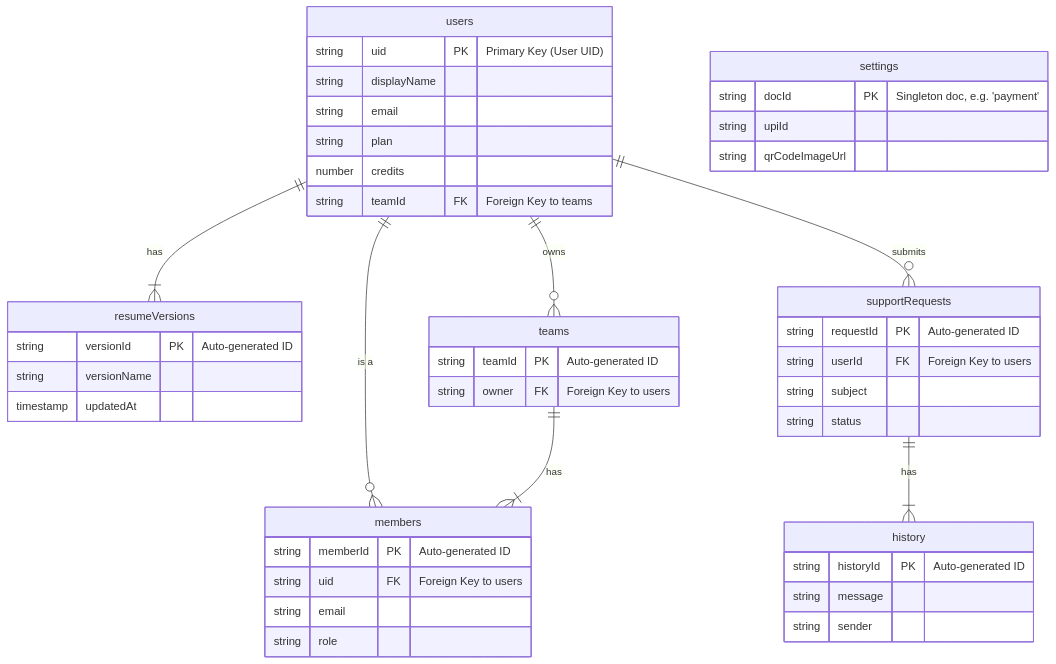
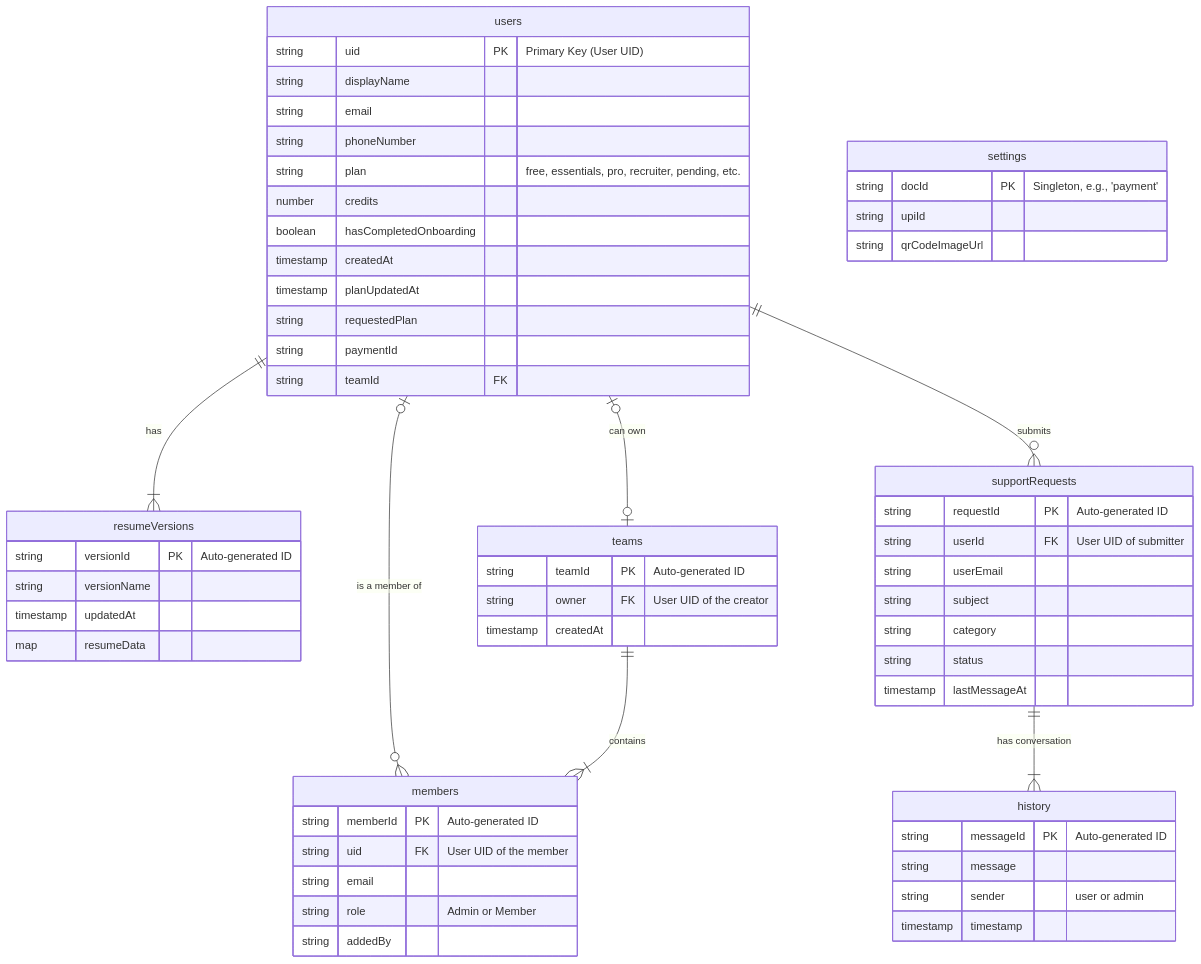
The fourth of 4 diagrams in PROJECT_REPORT.md (Hit246/carrercraftai), drawn with Mermaid before and after one commit. The commit also changed other lines of this file and 1 other file, not shown here.

````diff
--- a/PROJECT_REPORT.md
+++ b/PROJECT_REPORT.md
@@ -381,56 +560,68 @@
 ```mermaid
 erDiagram
     users {
         string uid PK "Primary Key (User UID)"
         string displayName
         string email
-        string plan
+        string phoneNumber
+        string plan "free, essentials, pro, recruiter, pending, etc."
         number credits
-        string teamId FK "Foreign Key to teams"
+        boolean hasCompletedOnboarding
+        timestamp createdAt
+        timestamp planUpdatedAt
+        string requestedPlan
+        string paymentId
+        string teamId FK
     }
 
     resumeVersions {
         string versionId PK "Auto-generated ID"
         string versionName
         timestamp updatedAt
+        map resumeData
     }
 
     teams {
         string teamId PK "Auto-generated ID"
-        string owner FK "Foreign Key to users"
+        string owner FK "User UID of the creator"
+        timestamp createdAt
     }
 
     members {
         string memberId PK "Auto-generated ID"
-        string uid FK "Foreign Key to users"
+        string uid FK "User UID of the member"
         string email
-        string role
+        string role "Admin or Member"
+        string addedBy
     }
 
     supportRequests {
         string requestId PK "Auto-generated ID"
-        string userId FK "Foreign Key to users"
+        string userId FK "User UID of submitter"
+        string userEmail
         string subject
+        string category
         string status
+        timestamp lastMessageAt
     }
 
     history {
-        string historyId PK "Auto-generated ID"
+        string messageId PK "Auto-generated ID"
         string message
-        string sender
+        string sender "user or admin"
+        timestamp timestamp
     }
 
     settings {
-        string docId PK "Singleton doc, e.g. 'payment'"
+        string docId PK "Singleton, e.g., 'payment'"
         string upiId
         string qrCodeImageUrl
     }
 
     users ||--|{ resumeVersions : "has"
-    users ||--o{ teams : "owns"
-    users ||--o{ members : "is a"
+    users |o--o| teams : "can own"
+    users |o--o{ members : "is a member of"
     users ||--o{ supportRequests : "submits"
-    teams ||--|{ members : "has"
-    supportRequests ||--|{ history : "has"
-
+    teams ||--|{ members : "contains"
+    supportRequests ||--|{ history : "has conversation"
 ```
````
